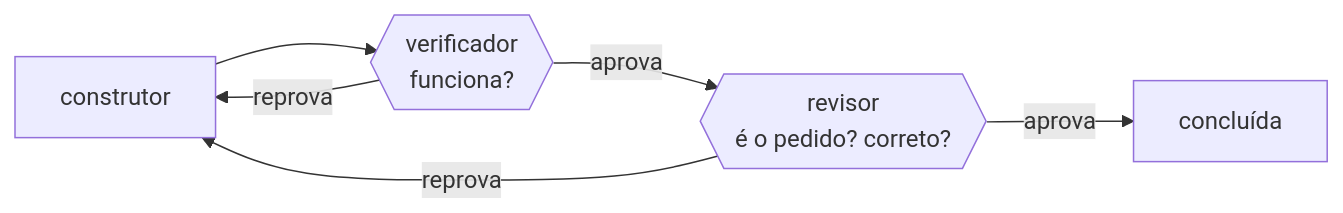
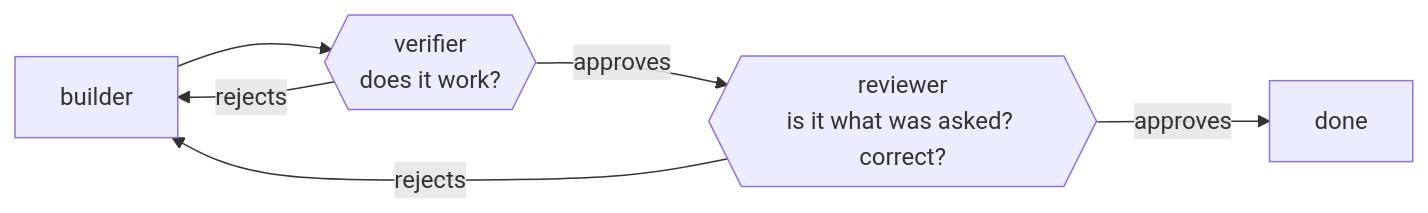
The diagram in docs/tasks/en/E4-task-production-line/FAB-404-the-two-gates.md (enzoconsulo/factory-tcc), drawn with Mermaid before and after one commit. The commit also changed 52 other files, not shown here.

````diff
--- a/docs/tasks/en/E4-task-production-line/FAB-404-the-two-gates.md
+++ b/docs/tasks/en/E4-task-production-line/FAB-404-the-two-gates.md
@@ -11,8 +11,8 @@
 ```mermaid
 flowchart LR
-  C["construtor"] --> V{{"verificador<br/>funciona?"}}
-  V -- "aprova" --> R{{"revisor<br/>é o pedido? correto?"}}
-  R -- "aprova" --> D["concluída"]
-  V -- "reprova" --> C
-  R -- "reprova" --> C
+  C["builder"] --> V{{"verifier<br/>does it work?"}}
+  V -- "approves" --> R{{"reviewer<br/>is it what was asked? correct?"}}
+  R -- "approves" --> D["done"]
+  V -- "rejects" --> C
+  R -- "rejects" --> C
 ```
````
